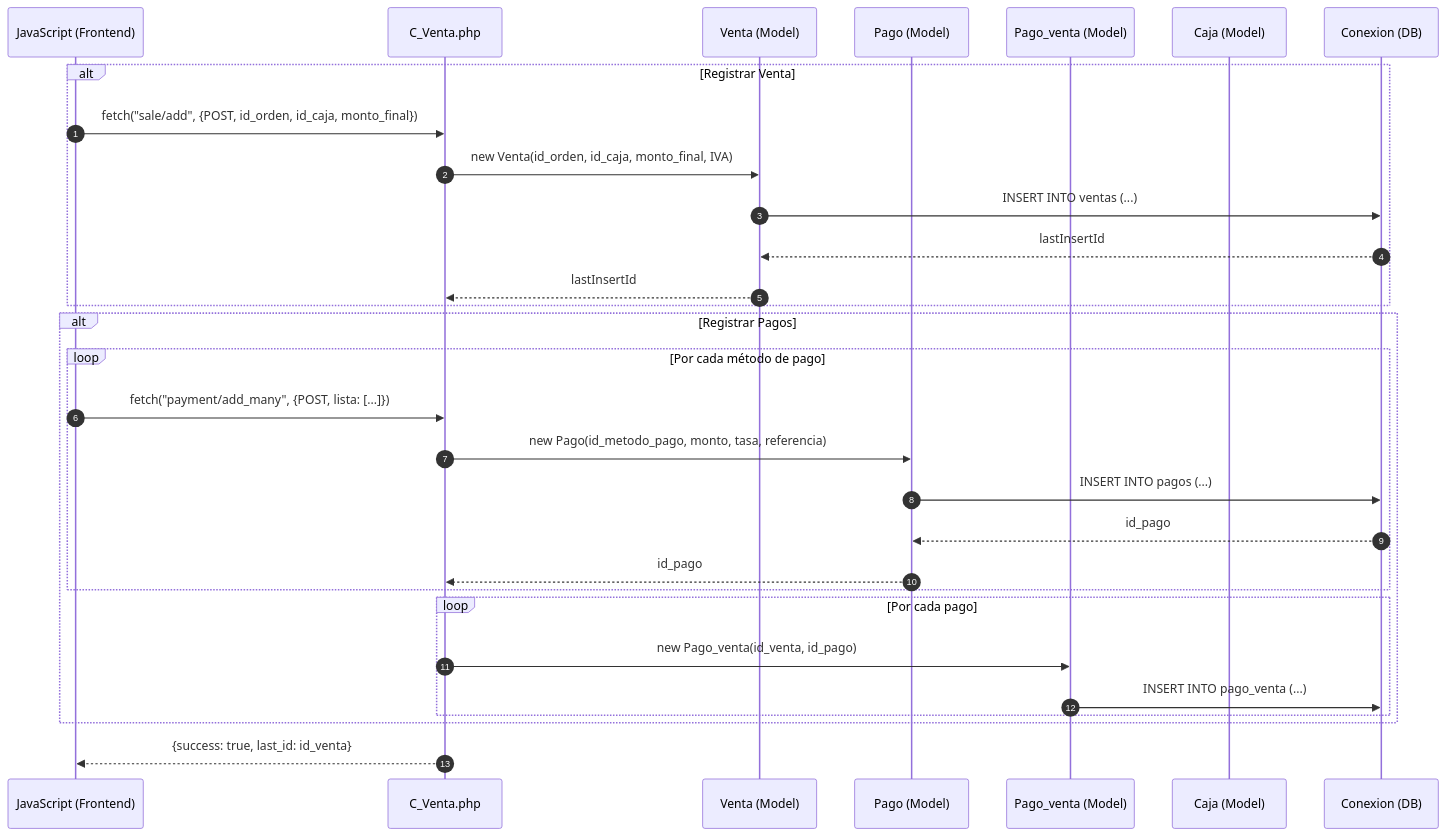
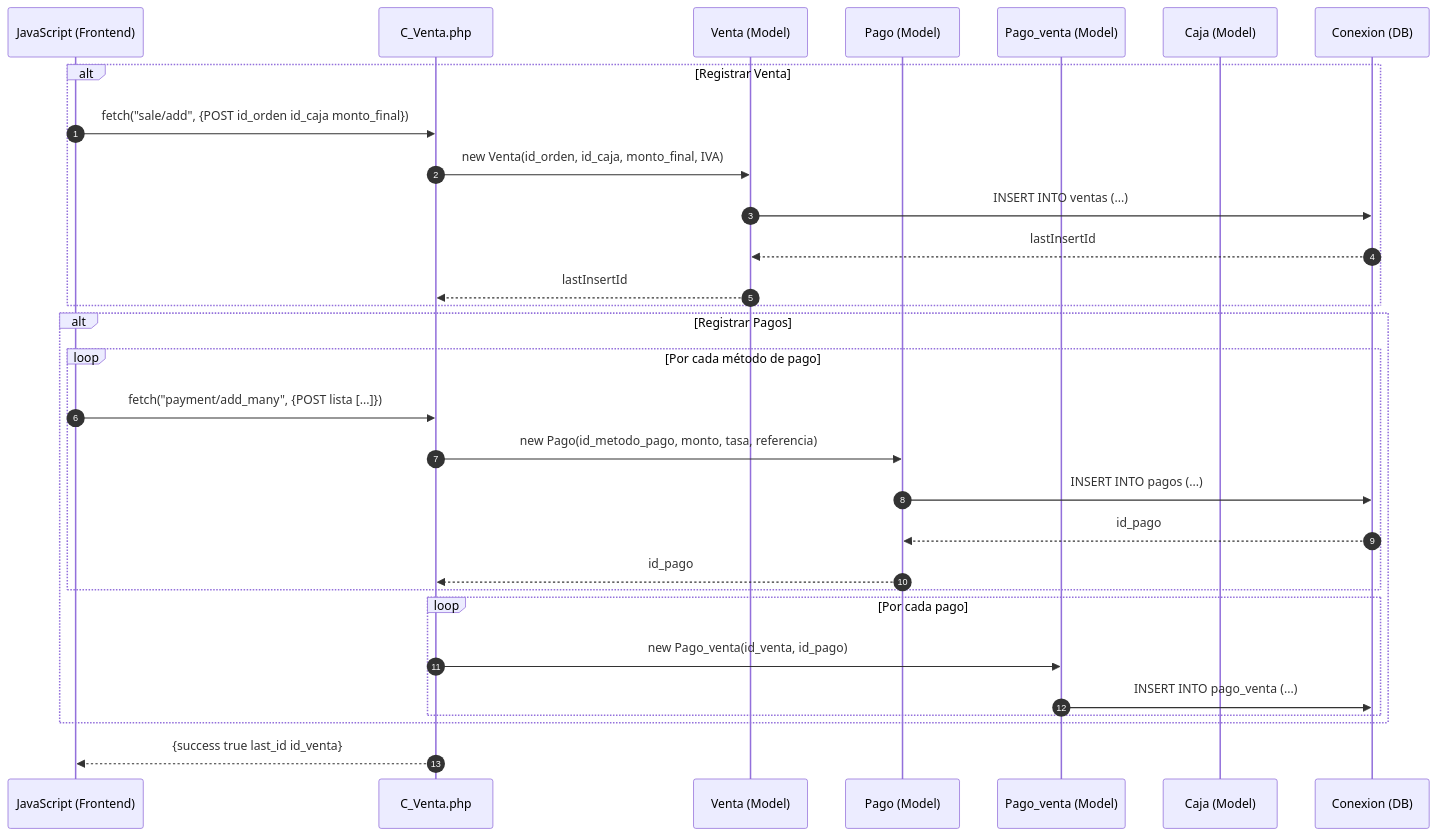
The third of 5 diagrams in docs/secuencia/caja/caja.md (Tecrato/BurgerHouse), drawn with Mermaid before and after one commit. The commit also changed other lines of this file and 13 other files, not shown here.

Commit message:
diagramas de secuencia

````diff
--- a/docs/secuencia/caja/caja.md
+++ b/docs/secuencia/caja/caja.md
@@ -55,38 +50,38 @@
 ```mermaid
 sequenceDiagram
     autonumber
     participant JS as JavaScript (Frontend)
     participant C_Venta as C_Venta.php
     participant Venta as Venta (Model)
     participant Pago as Pago (Model)
     participant Pago_venta as Pago_venta (Model)
     participant Caja as Caja (Model)
     participant DB as Conexion (DB)
     
     alt Registrar Venta
-        JS->>C_Venta: fetch("sale/add", {POST, id_orden, id_caja, monto_final})
+        JS->>C_Venta: fetch("sale/add", {POST id_orden id_caja monto_final})
         
         C_Venta->>Venta: new Venta(id_orden, id_caja, monto_final, IVA)
         Venta->>DB: INSERT INTO ventas (...)
         DB-->>Venta: lastInsertId
         Venta-->>C_Venta: lastInsertId
     end
     
     alt Registrar Pagos
         loop Por cada método de pago
-            JS->>C_Venta: fetch("payment/add_many", {POST, lista: [...]})
+            JS->>C_Venta: fetch("payment/add_many", {POST lista [...]})
             
             C_Venta->>Pago: new Pago(id_metodo_pago, monto, tasa, referencia)
             Pago->>DB: INSERT INTO pagos (...)
             DB-->>Pago: id_pago
             Pago-->>C_Venta: id_pago
         end
         
         loop Por cada pago
             C_Venta->>Pago_venta: new Pago_venta(id_venta, id_pago)
             Pago_venta->>DB: INSERT INTO pago_venta (...)
         end
     end
     
-    C_Venta-->>JS: {success: true, last_id: id_venta}
+    C_Venta-->>JS: {success true last_id id_venta}
 ```
````
